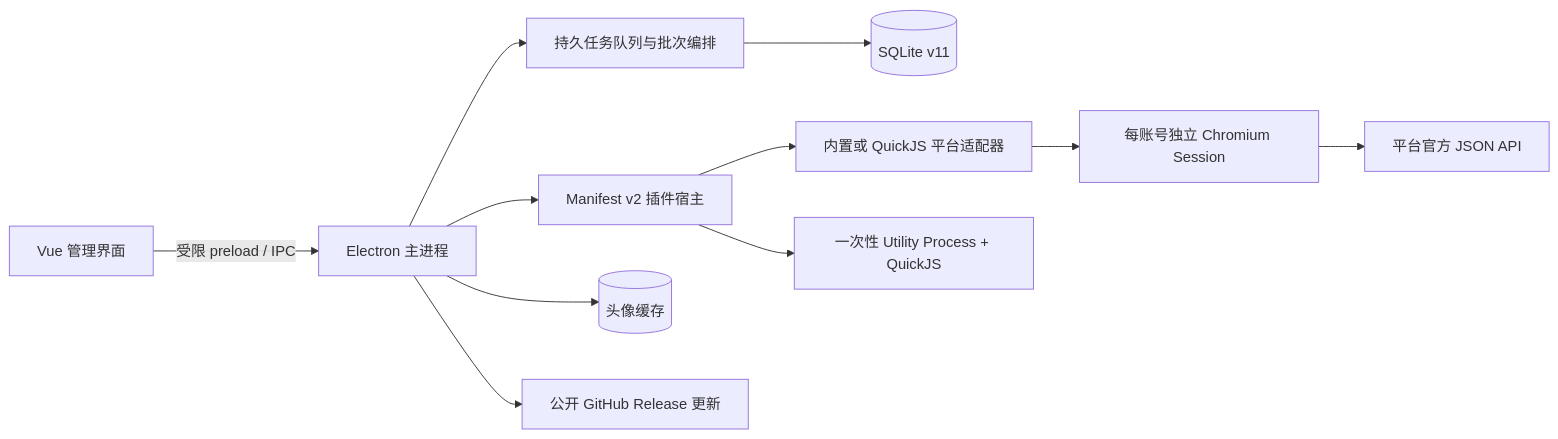
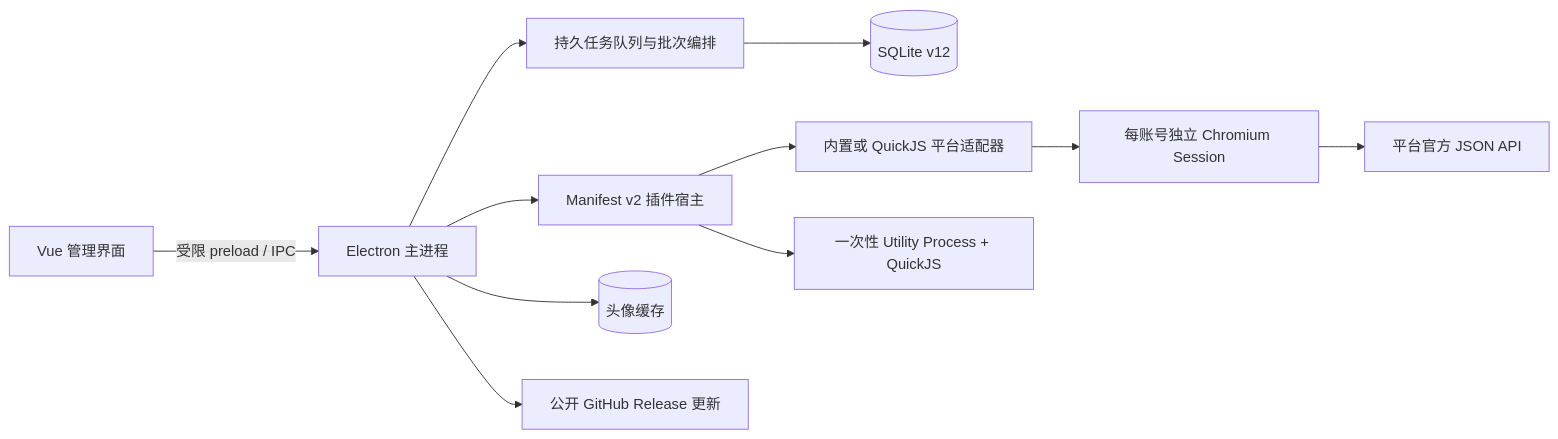
Before and after one commit to nzmxd/streamfold: the diagram in README.md, drawn with Mermaid. The commit also changed other lines of this file and 31 other files, not shown here.

````diff
--- a/README.md
+++ b/README.md
@@ -53,13 +53,13 @@
 ```mermaid
 flowchart LR
     UI["Vue 管理界面"] -->|受限 preload / IPC| MAIN["Electron 主进程"]
     MAIN --> QUEUE["持久任务队列与批次编排"]
-    QUEUE --> DB[("SQLite v11")]
+    QUEUE --> DB[("SQLite v12")]
     MAIN --> HOST["Manifest v2 插件宿主"]
     HOST --> ADAPTER["内置或 QuickJS 平台适配器"]
     ADAPTER --> BROWSER["每账号独立 Chromium Session"]
     HOST --> QJS["一次性 Utility Process + QuickJS"]
     BROWSER --> JSON["平台官方 JSON API"]
     MAIN --> MEDIA[("头像缓存")]
     MAIN --> UPDATE["公开 GitHub Release 更新"]
 ```
````
